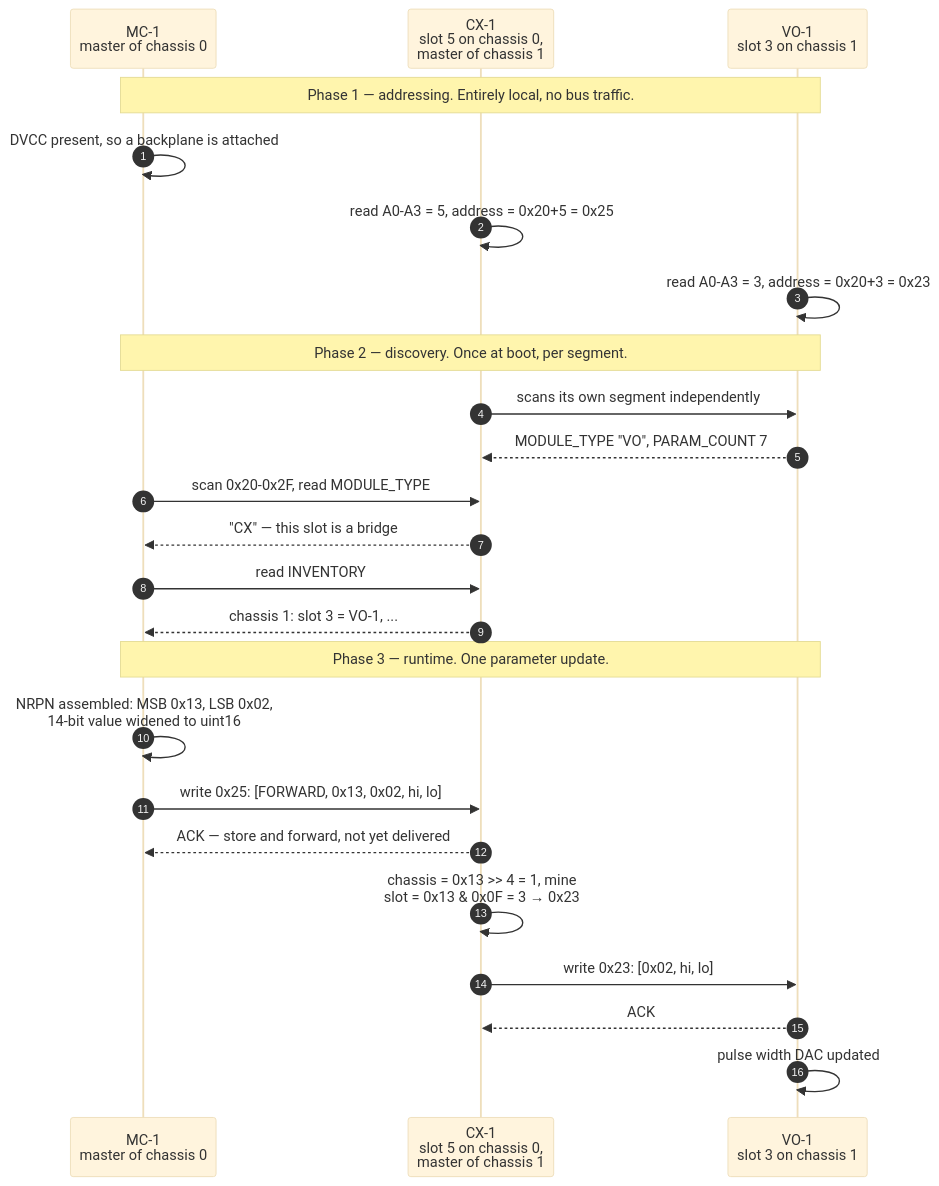
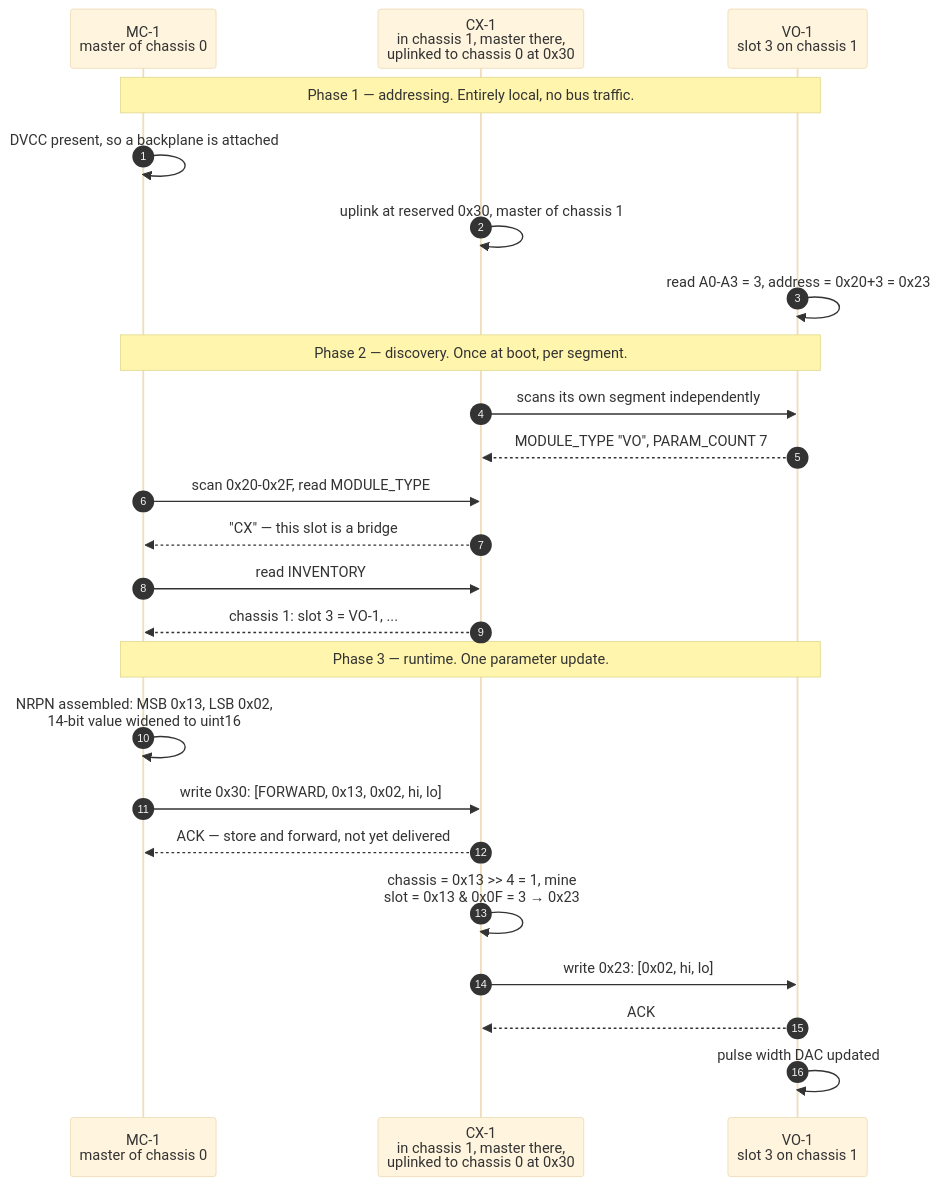
Before and after one commit to rvodden/fluxtron: the second of 3 diagrams in BUS.md, drawn with Mermaid (base theme). The commit also changed other lines of this file and 1 other file, not shown here.

````diff
--- a/BUS.md
+++ b/BUS.md
@@ -436,29 +453,29 @@
 ```mermaid
 sequenceDiagram
     autonumber
     participant MC1 as MC-1<br/>master of chassis 0
-    participant CX1 as CX-1<br/>slot 5 on chassis 0,<br/>master of chassis 1
+    participant CX1 as CX-1<br/>in chassis 1, master there,<br/>uplinked to chassis 0 at 0x30
     participant VO1 as VO-1<br/>slot 3 on chassis 1
 
     Note over MC1,VO1: Phase 1 — addressing. Entirely local, no bus traffic.
     MC1->>MC1: DVCC present, so a backplane is attached
-    CX1->>CX1: read A0-A3 = 5, address = 0x20+5 = 0x25
+    CX1->>CX1: uplink at reserved 0x30, master of chassis 1
     VO1->>VO1: read A0-A3 = 3, address = 0x20+3 = 0x23
 
     Note over MC1,VO1: Phase 2 — discovery. Once at boot, per segment.
     CX1->>VO1: scans its own segment independently
     VO1-->>CX1: MODULE_TYPE "VO", PARAM_COUNT 7
     MC1->>CX1: scan 0x20-0x2F, read MODULE_TYPE
     CX1-->>MC1: "CX" — this slot is a bridge
     MC1->>CX1: read INVENTORY
     CX1-->>MC1: chassis 1: slot 3 = VO-1, ...
 
     Note over MC1,VO1: Phase 3 — runtime. One parameter update.
     MC1->>MC1: NRPN assembled: MSB 0x13, LSB 0x02,<br/>14-bit value widened to uint16
-    MC1->>CX1: write 0x25: [FORWARD, 0x13, 0x02, hi, lo]
+    MC1->>CX1: write 0x30: [FORWARD, 0x13, 0x02, hi, lo]
     CX1-->>MC1: ACK — store and forward, not yet delivered
     CX1->>CX1: chassis = 0x13 >> 4 = 1, mine<br/>slot = 0x13 & 0x0F = 3 → 0x23
     CX1->>VO1: write 0x23: [0x02, hi, lo]
     VO1-->>CX1: ACK
     VO1->>VO1: pulse width DAC updated
 ```
````
